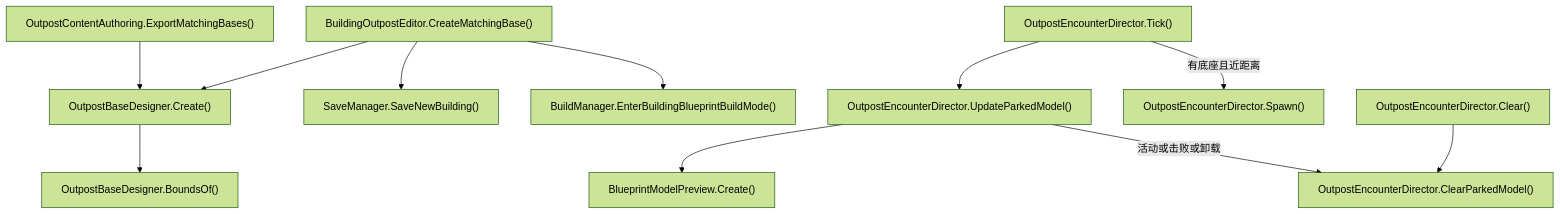
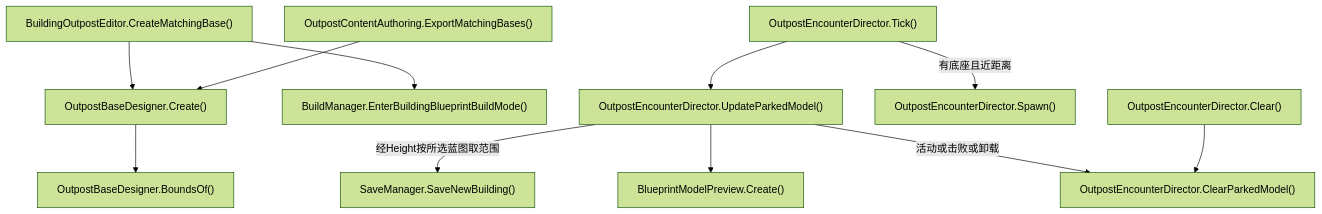
Diagram 26 of 30 in Docs/RuntimeFlow.md (kukudia/HY-Sandbox), drawn with Mermaid (forest theme) before and after one commit. The commit also changed other lines of this file and 28 other files, not shown here.

````diff
--- a/Docs/RuntimeFlow.md
+++ b/Docs/RuntimeFlow.md
@@ -2355,37 +2377,37 @@
 ```mermaid
 flowchart TD
     A["BuildingOutpostEditor.CreateMatchingBase()"]
     click A "../Assets/Scripts/Features/Building/BuildingOutpostEditor.cs#L96" "打开源码"
     B["OutpostBaseDesigner.Create()"]
     click B "../Assets/Scripts/Features/Building/OutpostBaseDesigner.cs#L37" "打开源码"
     C["OutpostBaseDesigner.BoundsOf()"]
     click C "../Assets/Scripts/Features/Building/OutpostBaseDesigner.cs#L9" "打开源码"
     D["SaveManager.SaveNewBuilding()"]
     click D "../Assets/Scripts/Features/Building/SaveManager.cs#L189" "打开源码"
     E["BuildManager.EnterBuildingBlueprintBuildMode()"]
     click E "../Assets/Scripts/Features/Building/BuildManager.cs#L259" "打开源码"
     F["OutpostContentAuthoring.ExportMatchingBases()"]
     click F "../Assets/Editor/World/OutpostContentAuthoring.cs#L60" "打开源码"
     G["OutpostEncounterDirector.Tick()"]
     click G "../Assets/Scripts/Features/World/OutpostEncounterDirector.cs#L51" "打开源码"
     H["OutpostEncounterDirector.UpdateParkedModel()"]
     click H "../Assets/Scripts/Features/World/OutpostEncounterDirector.cs#L242" "打开源码"
     I["BlueprintModelPreview.Create()"]
     click I "../Assets/Scripts/Features/Building/BlueprintModelPreview.cs#L8" "打开源码"
     J["OutpostEncounterDirector.Spawn()"]
     click J "../Assets/Scripts/Features/World/OutpostEncounterDirector.cs#L170" "打开源码"
     K["OutpostEncounterDirector.ClearParkedModel()"]
     click K "../Assets/Scripts/Features/World/OutpostEncounterDirector.cs#L263" "打开源码"
     L["OutpostEncounterDirector.Clear()"]
     click L "../Assets/Scripts/Features/World/OutpostEncounterDirector.cs#L339" "打开源码"
     A --> B
     B --> C
-    A --> D
     A --> E
+    H -->|经Height按所选蓝图取范围| D
     F --> B
     G --> H
     H --> I
     G -->|有底座且近距离| J
     H -->|活动或击败或卸载| K
     L --> K
 ```
````
